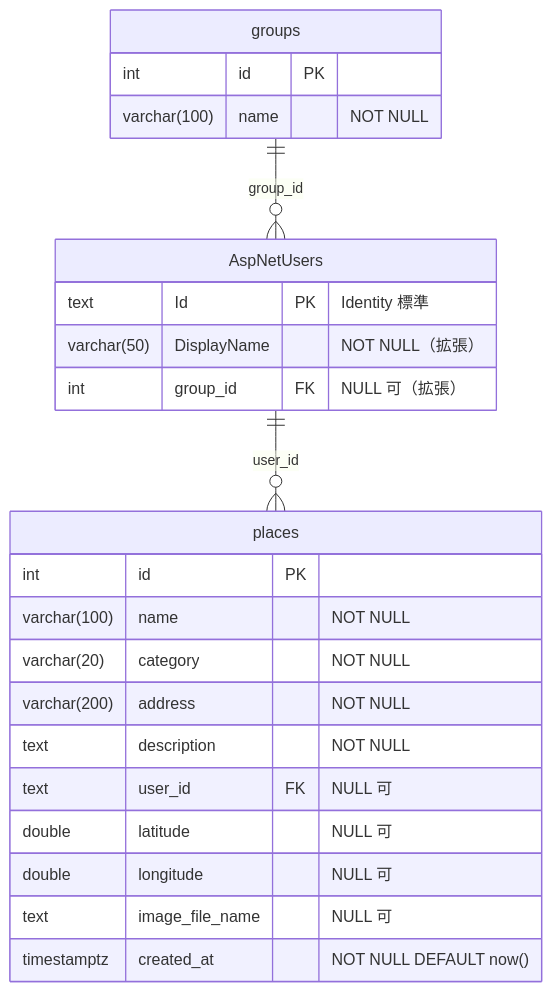
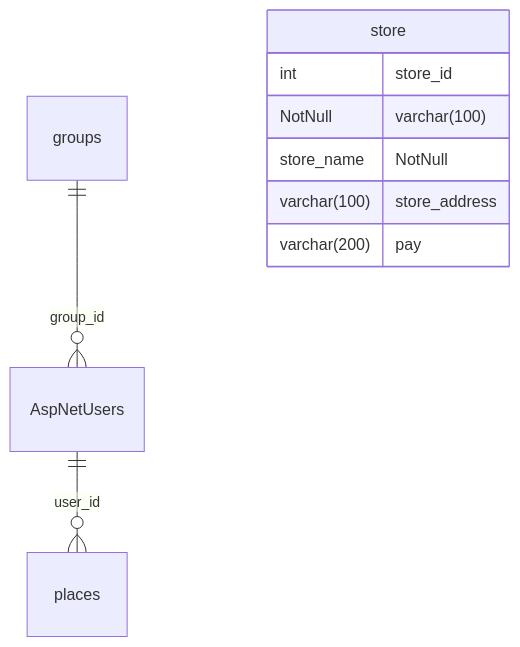
One commit to Yuta-Sakugawa/Loolpay changed the second of 2 diagrams in 内部設計書.md. Above: the diagram before and after it, drawn with Mermaid. The commit also changed other lines of this file, not shown here.

````diff
--- a/内部設計書.md
+++ b/内部設計書.md
@@ -256,27 +86,13 @@
 ```mermaid
 erDiagram
     groups ||--o{ AspNetUsers : "group_id"
     AspNetUsers ||--o{ places : "user_id"
 
-    groups {
-        int id PK
-        varchar(100) name "NOT NULL"
+    store {
+        int store_id NotNull
+        varchar(100) store_name NotNull
+        varchar(100) store_address
+        varchar(200) pay
     }
-    AspNetUsers {
-        text Id PK "Identity 標準"
-        varchar(50) DisplayName "NOT NULL（拡張）"
-        int group_id FK "NULL 可（拡張）"
-    }
-    places {
-        int id PK
-        varchar(100) name "NOT NULL"
-        varchar(20) category "NOT NULL"
-        varchar(200) address "NOT NULL"
-        text description "NOT NULL"
-        text user_id FK "NULL 可"
-        double latitude "NULL 可"
-        double longitude "NULL 可"
-        text image_file_name "NULL 可"
-        timestamptz created_at "NOT NULL DEFAULT now()"
-    }
+    
 ```
````
